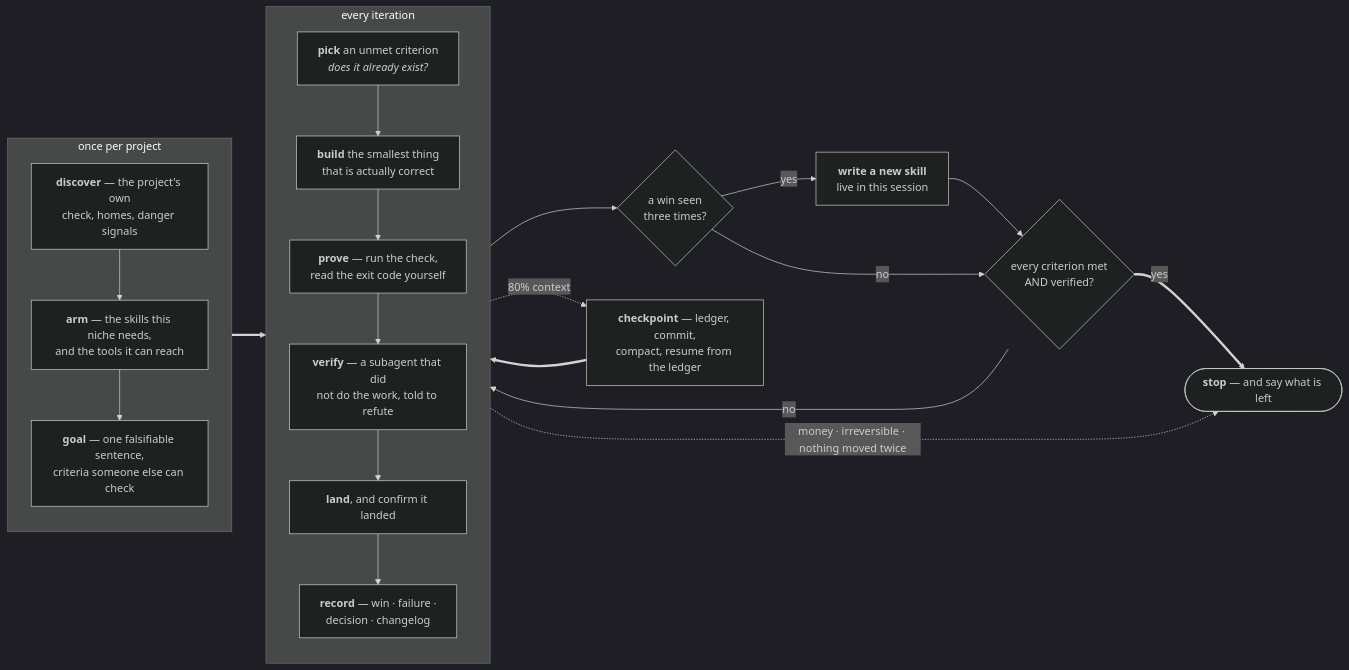
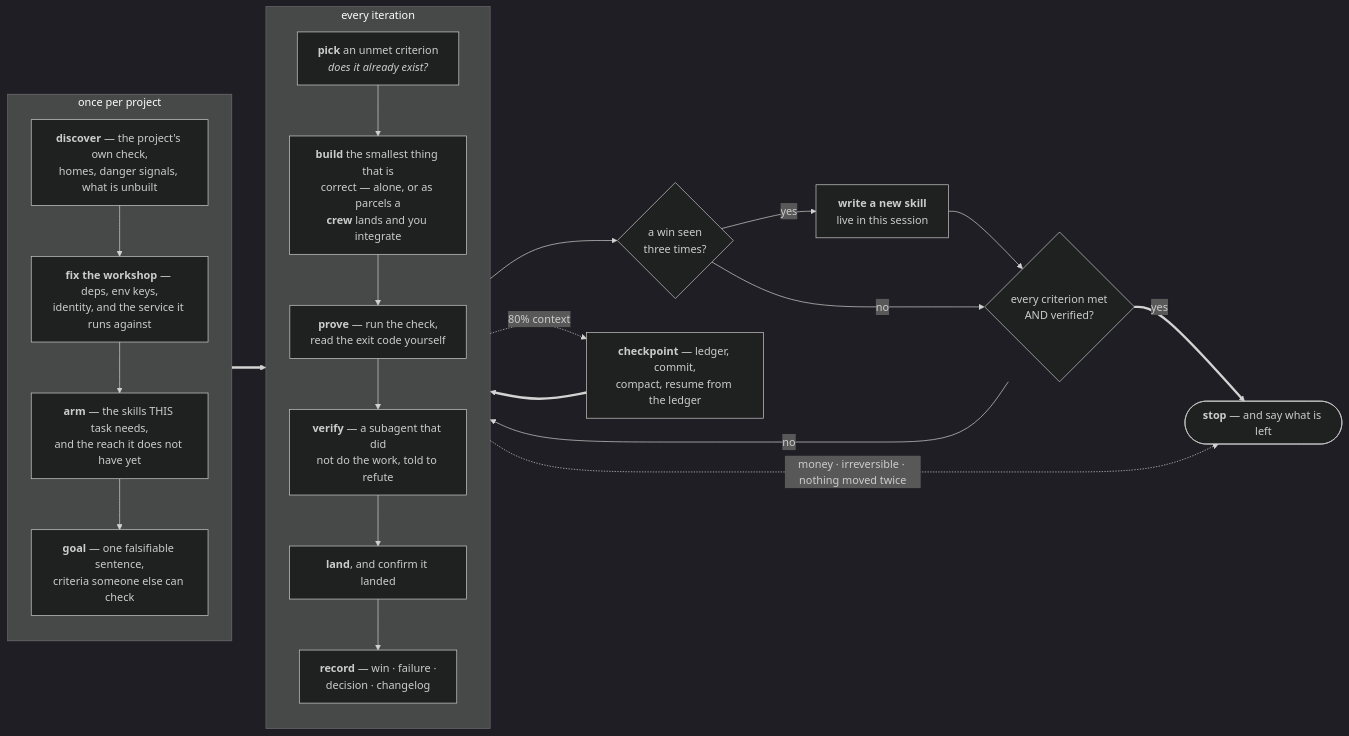
One commit to vladyslav-betterme/autopilot-skill changed the diagram in README.md. Above: the diagram before and after it, drawn with Mermaid (dark theme). The commit also changed other lines of this file and 11 other files, not shown here.

First line of the commit message:
feat(arming): staff the task — per-task skills, a workshop pass, and a crew

````diff
--- a/README.md
+++ b/README.md
@@ -35,37 +35,38 @@
 ```mermaid
 flowchart LR
     subgraph setup["&nbsp;once per project&nbsp;"]
         direction TB
-        D["<b>discover</b> — the project's own<br/>check, homes, danger signals"]
-        S["<b>arm</b> — the skills this niche needs,<br/>and the tools it can reach"]
+        D["<b>discover</b> — the project's own check,<br/>homes, danger signals, what is unbuilt"]
+        F["<b>fix the workshop</b> — deps, env keys,<br/>identity, and the service it runs against"]
+        S["<b>arm</b> — the skills THIS task needs,<br/>and the reach it does not have yet"]
         G["<b>goal</b> — one falsifiable sentence,<br/>criteria someone else can check"]
-        D --> S --> G
+        D --> F --> S --> G
     end
 
     subgraph iter["&nbsp;every iteration&nbsp;"]
         direction TB
         P["<b>pick</b> an unmet criterion<br/><i>does it already exist?</i>"]
-        B["<b>build</b> the smallest thing<br/>that is actually correct"]
+        B["<b>build</b> the smallest thing that is<br/>correct — alone, or as parcels a<br/><b>crew</b> lands and you integrate"]
         C["<b>prove</b> — run the check,<br/>read the exit code yourself"]
         V["<b>verify</b> — a subagent that did<br/>not do the work, told to refute"]
         L["<b>land</b>, and confirm it landed"]
         R["<b>record</b> — win · failure ·<br/>decision · changelog"]
         P --> B --> C --> V --> L --> R
     end
 
     W{"a win seen<br/>three times?"}
     N["<b>write a new skill</b><br/>live in this session"]
     Q{"every criterion met<br/>AND verified?"}
     Z(["<b>stop</b> — and say what is left"])
 
     G ==> P
     R --> W
     W -- yes --> N --> Q
     W -- no --> Q
     Q -- no --> P
     Q == yes ==> Z
     K["<b>checkpoint</b> — ledger, commit,<br/>compact, resume from the ledger"]
     iter -. "80% context" .-> K
     K ==> P
     iter -. "money · irreversible · nothing moved twice" .-> Z
 ```
````
